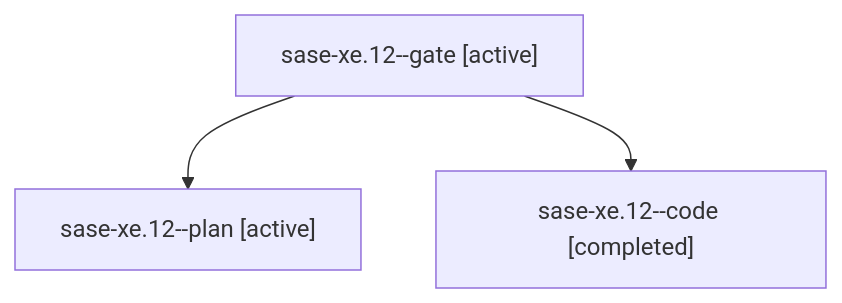
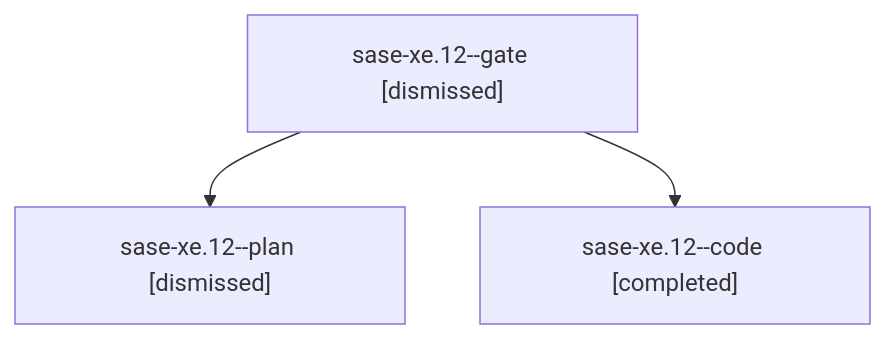
The diagram in sessions/bbugyi200.athena.sase-xe.12.md (sase-org/sase--agents), drawn with Mermaid before and after one commit. The commit also changed other lines of this file and 277 other files, not shown here.

````diff
--- a/sessions/bbugyi200.athena.sase-xe.12.md
+++ b/sessions/bbugyi200.athena.sase-xe.12.md
@@ -9,8 +9,8 @@
 ```mermaid
 flowchart TD
-  n0["sase-xe.12--gate [active]"]
-  n1["sase-xe.12--plan [active]"]
+  n0["sase-xe.12--gate [dismissed]"]
+  n1["sase-xe.12--plan [dismissed]"]
   n0 --> n1
   n2["sase-xe.12--code [completed]"]
   n0 --> n2
 ```
````
